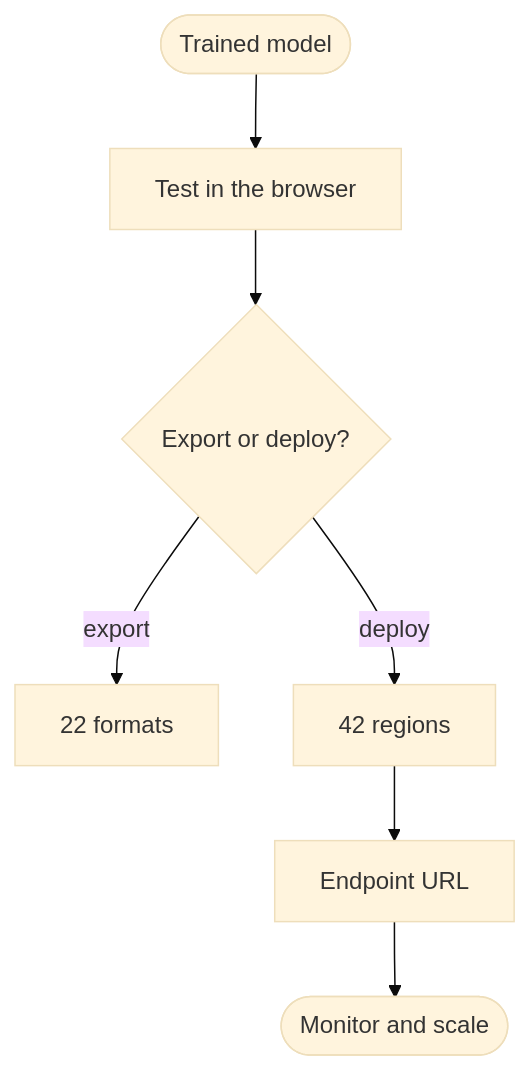
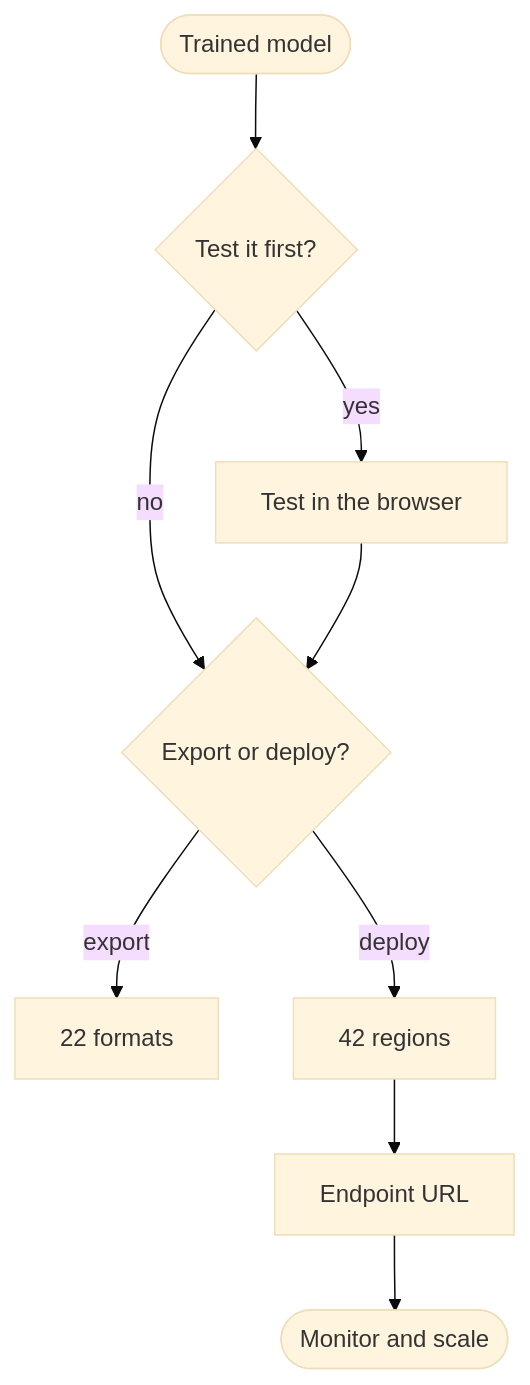
The third of 3 diagrams in docs/en/platform/index.md (ultralytics/ultralytics), drawn with Mermaid (base theme) before and after one commit. The commit also changed other lines of this file and 10 other files, not shown here.

First line of the commit message:
Fix Mermaid review findings and re-tune diagrams for the dagre layout

````diff
--- a/docs/en/platform/index.md
+++ b/docs/en/platform/index.md
@@ -154,9 +155,11 @@
 ```mermaid
 flowchart TD
-    A([Trained model]) --> C[Test in the browser]
-    C --> B{Export or deploy?}
-    B -->|export| D[22 formats]
-    B -->|deploy| E[42 regions]
-    E --> F[Endpoint URL]
-    F --> G([Monitor and scale])
+    A([Trained model]) --> B{Test it first?}
+    B -->|yes| C[Test in the browser]
+    B -->|no| D{Export or deploy?}
+    C --> D
+    D -->|export| E[22 formats]
+    D -->|deploy| F[42 regions]
+    F --> G[Endpoint URL]
+    G --> H([Monitor and scale])
 ```
````
